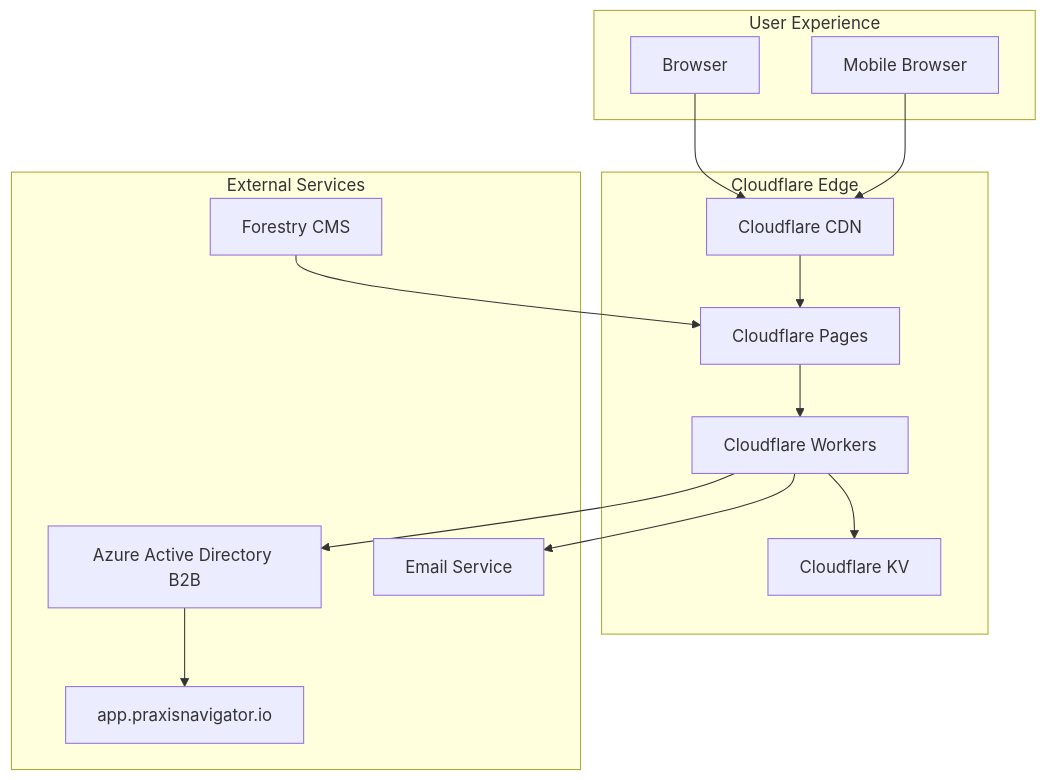
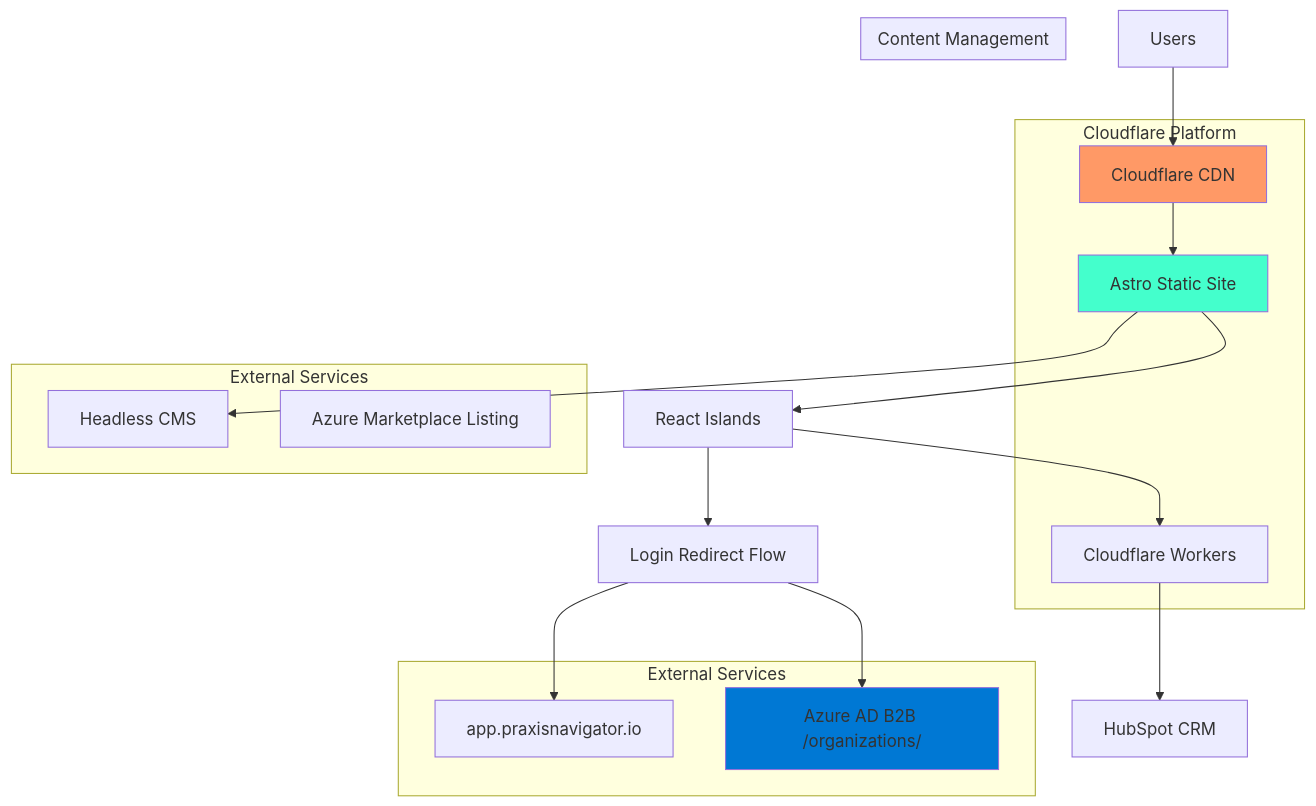
One commit to Praxis-Security-Labs/website changed the diagram in docs/architecture/high-level-architecture.md. Above: the diagram before and after it, drawn with Mermaid. The commit also changed other lines of this file and 52 other files, not shown here.

````diff
--- a/docs/architecture/high-level-architecture.md
+++ b/docs/architecture/high-level-architecture.md
@@ -28,31 +33,36 @@
 ```mermaid
 graph TB
-    subgraph "User Experience"
-        Browser[Browser]
-        Mobile[Mobile Browser]
-    end
+    U[Users] --> CF[Cloudflare CDN]
+    CF --> APP[Astro Static Site]
+    APP --> R[React Islands]
+    R --> LOGIN[Login Redirect Flow]
+    R --> FORMS[Cloudflare Workers]
+    APP --> CMS[Headless CMS]
+    FORMS --> HUBSPOT[HubSpot CRM]
+    LOGIN --> PRAXIS_APP[app.praxisnavigator.io]
+    LOGIN --> AAD[Azure AD B2B /organizations/]
     
-    subgraph "Cloudflare Edge"
-        CDN[Cloudflare CDN]
-        Pages[Cloudflare Pages]
-        Workers[Cloudflare Workers]
-        KV[Cloudflare KV]
+    subgraph "Cloudflare Platform"
+        CF
+        APP
+        FORMS
     end
     
     subgraph "External Services"
-        AAD[Azure Active Directory B2B]
-        PraxisApp[app.praxisnavigator.io]
-        CMS[Forestry CMS]
-        Email[Email Service]
+        AAD
+        PRAXIS_APP
     end
     
-    Browser --> CDN
-    Mobile --> CDN
-    CDN --> Pages
-    Pages --> Workers
-    Workers --> KV
-    Workers --> AAD
-    Workers --> Email
-    AAD --> PraxisApp
-    CMS --> Pages
+    subgraph "External Services"
+        CMS
+        MARKETPLACE[Azure Marketplace Listing]
+    end
+    
+    subgraph "Content Management"
+        CMS
+    end
+    
+    style CF fill:#f96
+    style APP fill:#4fc
+    style AAD fill:#0078d4
 ```
````
